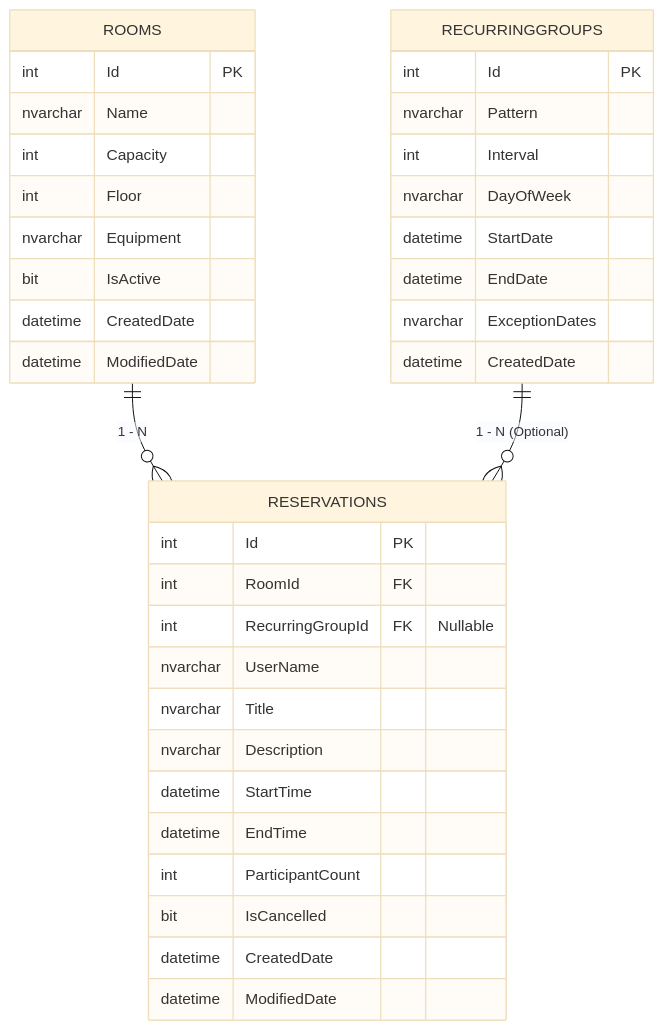
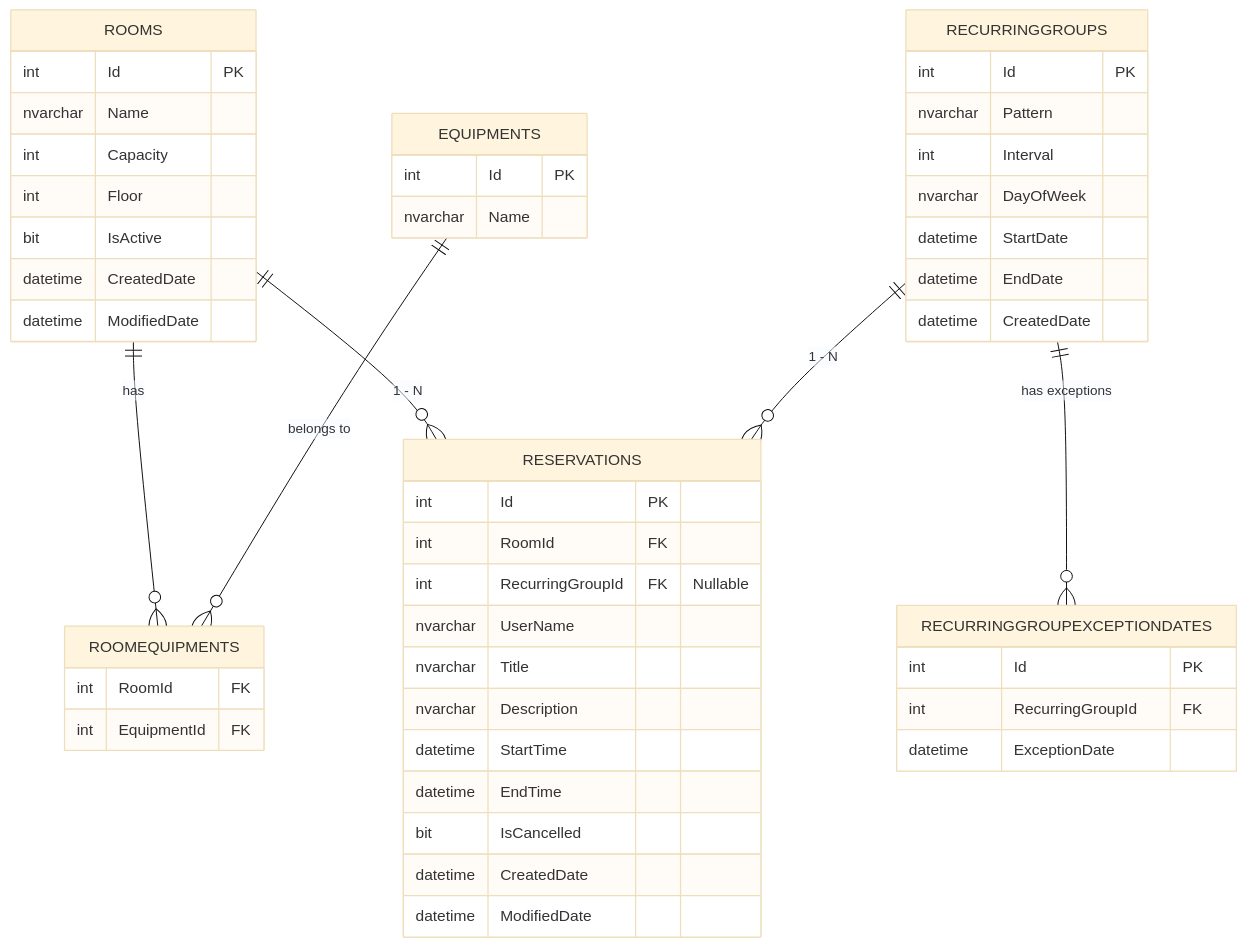
The diagram in README.md (yasink11/meeting-room-reservation), drawn with Mermaid (base theme) before and after one commit.

Commit message:
Update ER diagram in README with new entities

````diff
--- a/README.md
+++ b/README.md
@@ -160,44 +160,59 @@
 ```mermaid
-
 erDiagram
-
     ROOMS {
         int Id PK
         nvarchar Name
         int Capacity
         int Floor
-        nvarchar Equipment
         bit IsActive
         datetime CreatedDate
         datetime ModifiedDate
+    }
+
+    EQUIPMENTS {
+        int Id PK
+        nvarchar Name
+    }
+
+    ROOMEQUIPMENTS {
+        int RoomId FK
+        int EquipmentId FK
     }
 
     RESERVATIONS {
         int Id PK
         int RoomId FK
         int RecurringGroupId FK "Nullable"
         nvarchar UserName
         nvarchar Title
         nvarchar Description
         datetime StartTime
         datetime EndTime
-        int ParticipantCount
         bit IsCancelled
         datetime CreatedDate
         datetime ModifiedDate
     }
 
     RECURRINGGROUPS {
         int Id PK
         nvarchar Pattern
         int Interval
         nvarchar DayOfWeek
         datetime StartDate
         datetime EndDate
-        nvarchar ExceptionDates
         datetime CreatedDate
     }
 
+    RECURRINGGROUPEXCEPTIONDATES {
+        int Id PK
+        int RecurringGroupId FK
+        datetime ExceptionDate
+    }
+
+
+    ROOMS ||--o{ ROOMEQUIPMENTS : "has"
+    EQUIPMENTS ||--o{ ROOMEQUIPMENTS : "belongs to"
     ROOMS ||--o{ RESERVATIONS : "1 - N"
-    RECURRINGGROUPS ||--o{ RESERVATIONS : "1 - N (Optional)"
+    RECURRINGGROUPS ||--o{ RESERVATIONS : "1 - N"
+    RECURRINGGROUPS ||--o{ RECURRINGGROUPEXCEPTIONDATES : "has exceptions"
 ```
````
